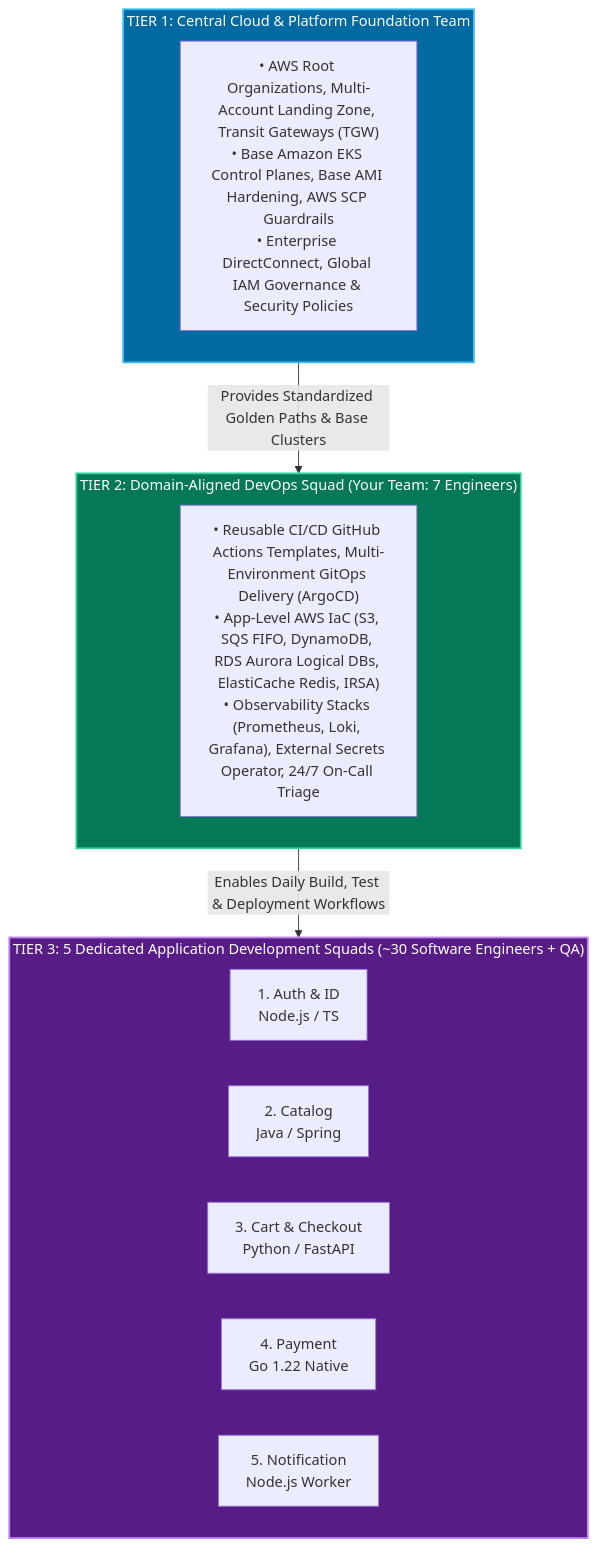
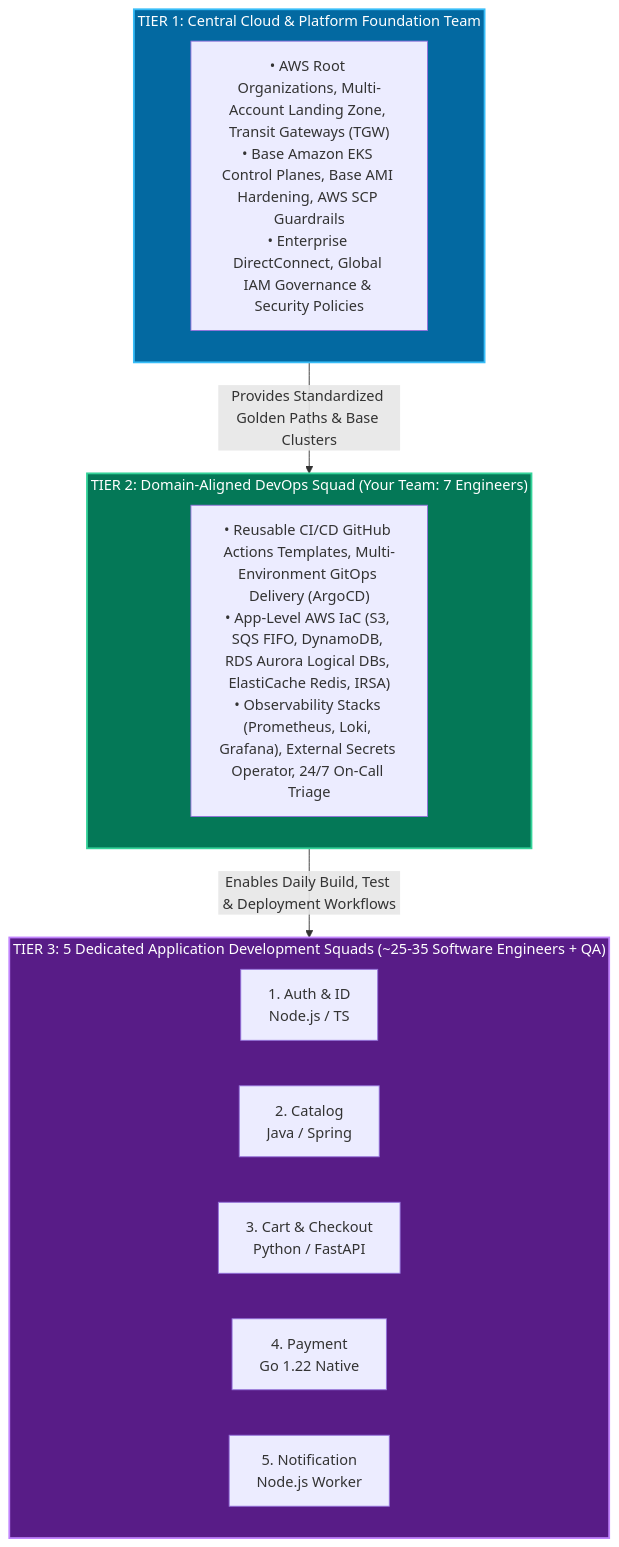
Before and after one commit to pvsafwa/devops-course-playbook: the second of 14 diagrams in DevOps_CI_CD_Master_Engineering_Blueprint.md, drawn with Mermaid. The commit also changed other lines of this file, not shown here.

````diff
--- a/DevOps_CI_CD_Master_Engineering_Blueprint.md
+++ b/DevOps_CI_CD_Master_Engineering_Blueprint.md
@@ -52,23 +72,23 @@
 ```mermaid
 flowchart TD
     subgraph Tier1["TIER 1: Central Cloud & Platform Foundation Team"]
         T1_Scope["• AWS Root Organizations, Multi-Account Landing Zone, Transit Gateways (TGW)<br/>• Base Amazon EKS Control Planes, Base AMI Hardening, AWS SCP Guardrails<br/>• Enterprise DirectConnect, Global IAM Governance & Security Policies"]
     end
     subgraph Tier2["TIER 2: Domain-Aligned DevOps Squad (Your Team: 7 Engineers)"]
         T2_Scope["• Reusable CI/CD GitHub Actions Templates, Multi-Environment GitOps Delivery (ArgoCD)<br/>• App-Level AWS IaC (S3, SQS FIFO, DynamoDB, RDS Aurora Logical DBs, ElastiCache Redis, IRSA)<br/>• Observability Stacks (Prometheus, Loki, Grafana), External Secrets Operator, 24/7 On-Call Triage"]
     end
-    subgraph Tier3["TIER 3: 5 Dedicated Application Development Squads (~30 Software Engineers + QA)"]
+    subgraph Tier3["TIER 3: 5 Dedicated Application Development Squads (~25-35 Software Engineers + QA)"]
         direction LR
         S1["1. Auth & ID<br/>Node.js / TS"]
         S2["2. Catalog<br/>Java / Spring"]
         S3["3. Cart & Checkout<br/>Python / FastAPI"]
         S4["4. Payment<br/>Go 1.22 Native"]
         S5["5. Notification<br/>Node.js Worker"]
     end
     Tier1 -->|"Provides Standardized Golden Paths & Base Clusters"| Tier2
     Tier2 -->|"Enables Daily Build, Test & Deployment Workflows"| Tier3
     classDef t1 fill:#0369a1,stroke:#38bdf8,stroke-width:2px,color:#ffffff;
     classDef t2 fill:#047857,stroke:#34d399,stroke-width:2px,color:#ffffff;
     classDef t3 fill:#581c87,stroke:#c084fc,stroke-width:2px,color:#ffffff;
     class Tier1 t1; class Tier2 t2; class Tier3 t3;
 ```
````
